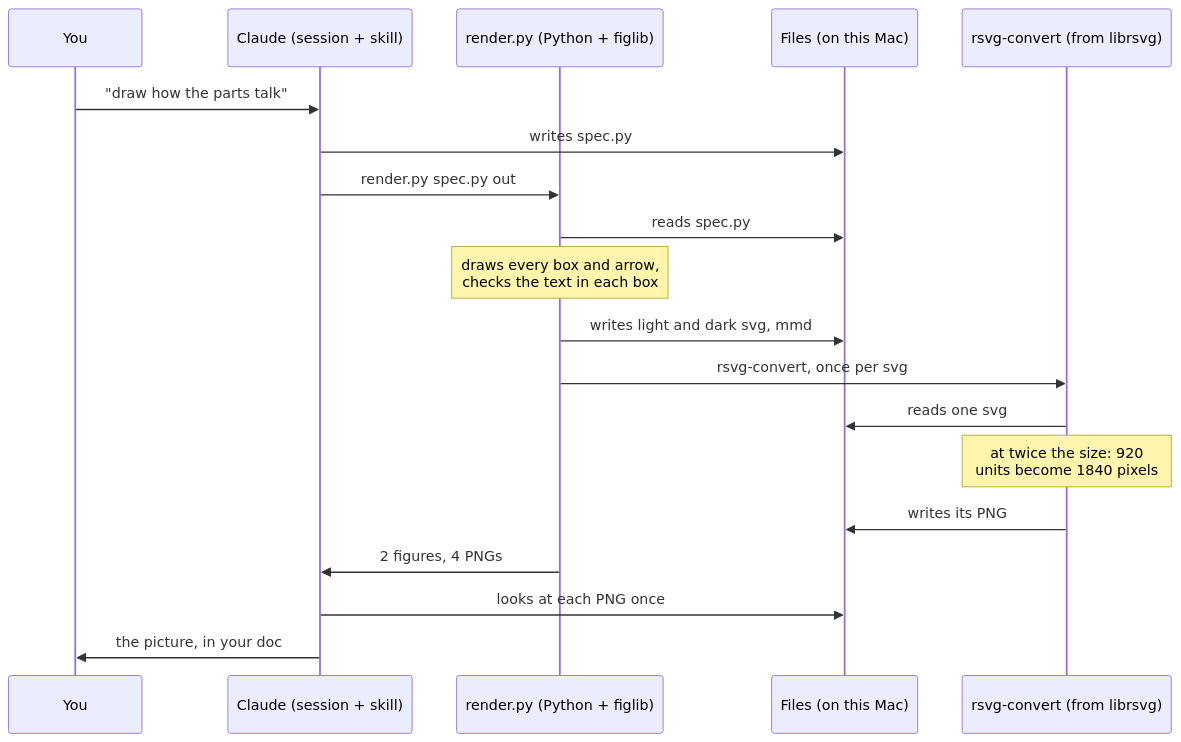
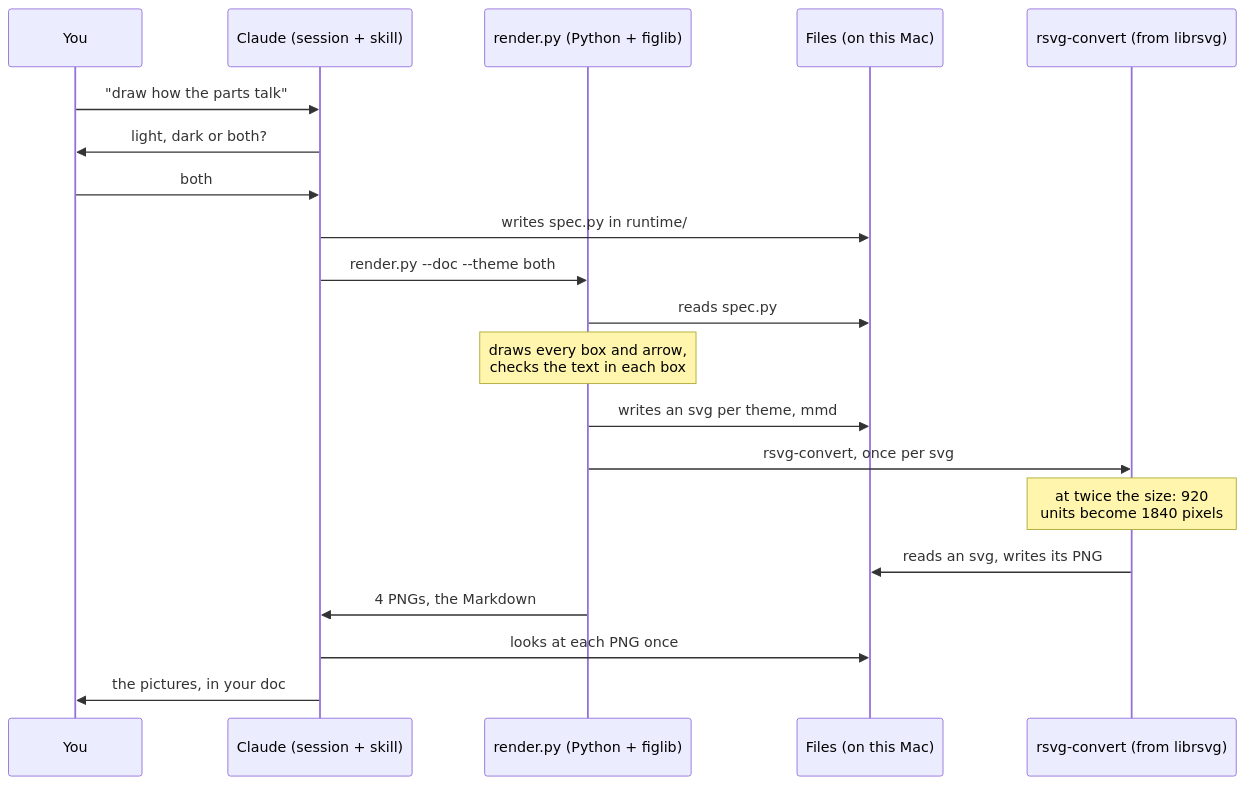
Before and after one commit to DanTanzer/dans-skills: the second of 2 diagrams in skills/readable-diagrams/HOW-IT-WORKS.md, drawn with Mermaid. The commit also changed other lines of this file and 25 other files, not shown here.

First line of the commit message:
readable-diagrams: a runtime folder, light, dark or both, and a diagrams folder per doc

````diff
--- a/skills/readable-diagrams/HOW-IT-WORKS.md
+++ b/skills/readable-diagrams/HOW-IT-WORKS.md
@@ -68,21 +68,22 @@
 ```mermaid
 sequenceDiagram
   participant U as You
   participant C as Claude (session + skill)
   participant R as render.py (Python + figlib)
   participant F as Files (on this Mac)
   participant X as rsvg-convert (from librsvg)
   U->>C: "draw how the parts talk"
-  C->>F: writes spec.py
-  C->>R: render.py spec.py out
+  C->>U: light, dark or both?
+  U->>C: both
+  C->>F: writes spec.py in runtime/
+  C->>R: render.py --doc --theme both
   R->>F: reads spec.py
   Note over R: draws every box and arrow,<br/>checks the text in each box
-  R->>F: writes light and dark svg, mmd
+  R->>F: writes an svg per theme, mmd
   R->>X: rsvg-convert, once per svg
-  X->>F: reads one svg
   Note over X: at twice the size: 920<br/>units become 1840 pixels
-  X->>F: writes its PNG
-  R->>C: 2 figures, 4 PNGs
+  X->>F: reads an svg, writes its PNG
+  R->>C: 4 PNGs, the Markdown
   C->>F: looks at each PNG once
-  C->>U: the picture, in your doc
+  C->>U: the pictures, in your doc
 ```
````
